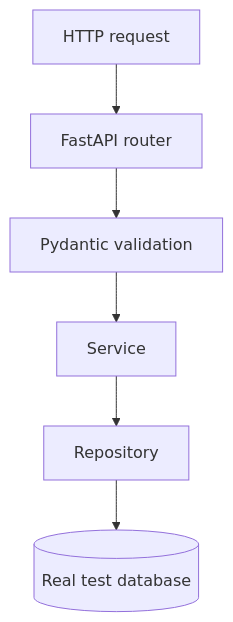
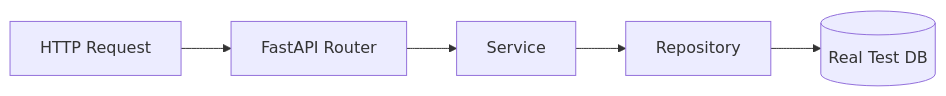
Before and after one commit to AvadhBhalodiya/Interview-Preparation: the third of 7 diagrams in src/content/testing/unit-integration-e2e.md, drawn with Mermaid. The commit also changed other lines of this file and 54 other files, not shown here.

````diff
--- a/src/content/testing/unit-integration-e2e.md
+++ b/src/content/testing/unit-integration-e2e.md
@@ -358,11 +181,10 @@
 ```mermaid
-flowchart TD
-    REQ[HTTP request]
-    ROUTER[FastAPI router]
-    VALIDATION[Pydantic validation]
+flowchart LR
+    REQ[HTTP Request]
+    ROUTER[FastAPI Router]
     SERVICE[Service]
     REPO[Repository]
-    DB[(Real test database)]
+    DB[(Real Test DB)]
 
-    REQ --> ROUTER --> VALIDATION --> SERVICE --> REPO --> DB
+    REQ --> ROUTER --> SERVICE --> REPO --> DB
 ```
````
